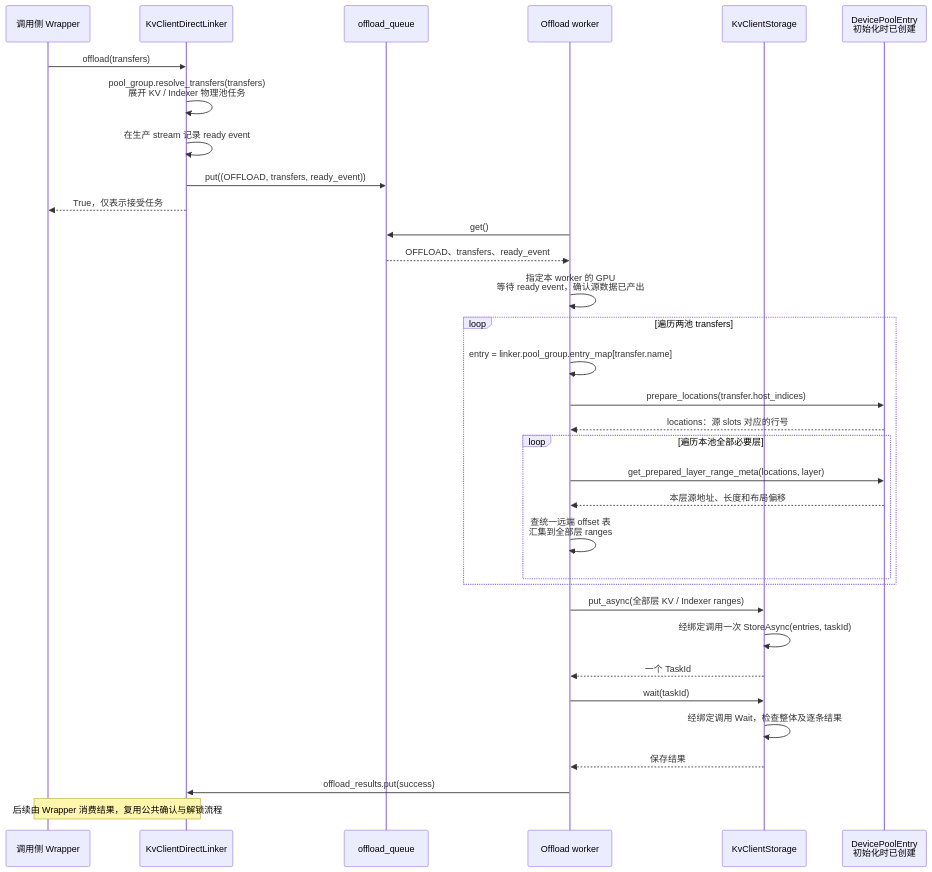
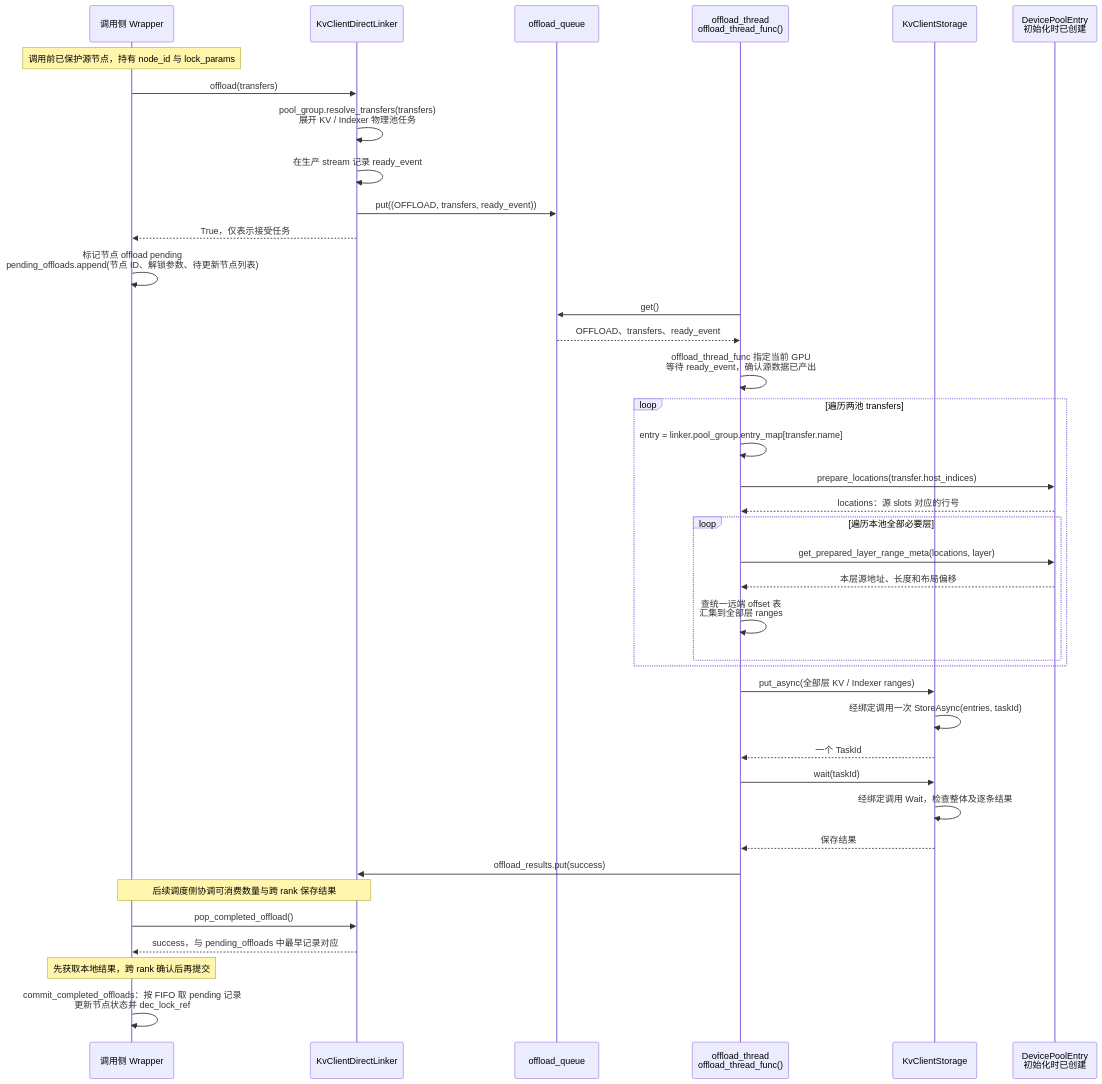
One commit to yuanzhg078/sglang changed diagram 24 of 26 in kv_client_linker_backend_design.md. Above: the diagram before and after it, drawn with Mermaid. The commit also changed other lines of this file and 11 other files, not shown here.

````diff
--- a/kv_client_linker_backend_design.md
+++ b/kv_client_linker_backend_design.md
@@ -1403,35 +1376,41 @@
 ```mermaid
 sequenceDiagram
     participant W as 调用侧 Wrapper
     participant D as KvClientDirectLinker
     participant Q as offload_queue
-    participant B as Offload worker
+    participant B as offload_thread<br/>offload_thread_func()
     participant S as KvClientStorage
     participant E as DevicePoolEntry<br/>初始化时已创建
+    Note over W: 调用前已保护源节点，持有 node_id 与 lock_params
     W->>D: offload(transfers)
     D->>D: pool_group.resolve_transfers(transfers)<br/>展开 KV / Indexer 物理池任务
-    D->>D: 在生产 stream 记录 ready event
+    D->>D: 在生产 stream 记录 ready_event
     D->>Q: put((OFFLOAD, transfers, ready_event))
     D-->>W: True，仅表示接受任务
+    W->>W: 标记节点 offload pending<br/>pending_offloads.append(节点 ID、解锁参数、待更新节点列表)
     B->>Q: get()
     Q-->>B: OFFLOAD、transfers、ready_event
-    B->>B: 指定本 worker 的 GPU<br/>等待 ready event，确认源数据已产出
+    B->>B: offload_thread_func 指定当前 GPU<br/>等待 ready_event，确认源数据已产出
     loop 遍历两池 transfers
         B->>B: entry = linker.pool_group.entry_map[transfer.name]
         B->>E: prepare_locations(transfer.host_indices)
         E-->>B: locations：源 slots 对应的行号
         loop 遍历本池全部必要层
             B->>E: get_prepared_layer_range_meta(locations, layer)
             E-->>B: 本层源地址、长度和布局偏移
             B->>B: 查统一远端 offset 表<br/>汇集到全部层 ranges
         end
     end
     B->>S: put_async(全部层 KV / Indexer ranges)
     S->>S: 经绑定调用一次 StoreAsync(entries, taskId)
     S-->>B: 一个 TaskId
     B->>S: wait(taskId)
     S->>S: 经绑定调用 Wait，检查整体及逐条结果
     S-->>B: 保存结果
     B->>D: offload_results.put(success)
-    Note over W,D: 后续由 Wrapper 消费结果，复用公共确认与解锁流程
+    Note over W,D: 后续调度侧协调可消费数量与跨 rank 保存结果
+    W->>D: pop_completed_offload()
+    D-->>W: success，与 pending_offloads 中最早记录对应
+    Note over W: 先获取本地结果，跨 rank 确认后再提交
+    W->>W: commit_completed_offloads：按 FIFO 取 pending 记录<br/>更新节点状态并 dec_lock_ref
 ```
````
